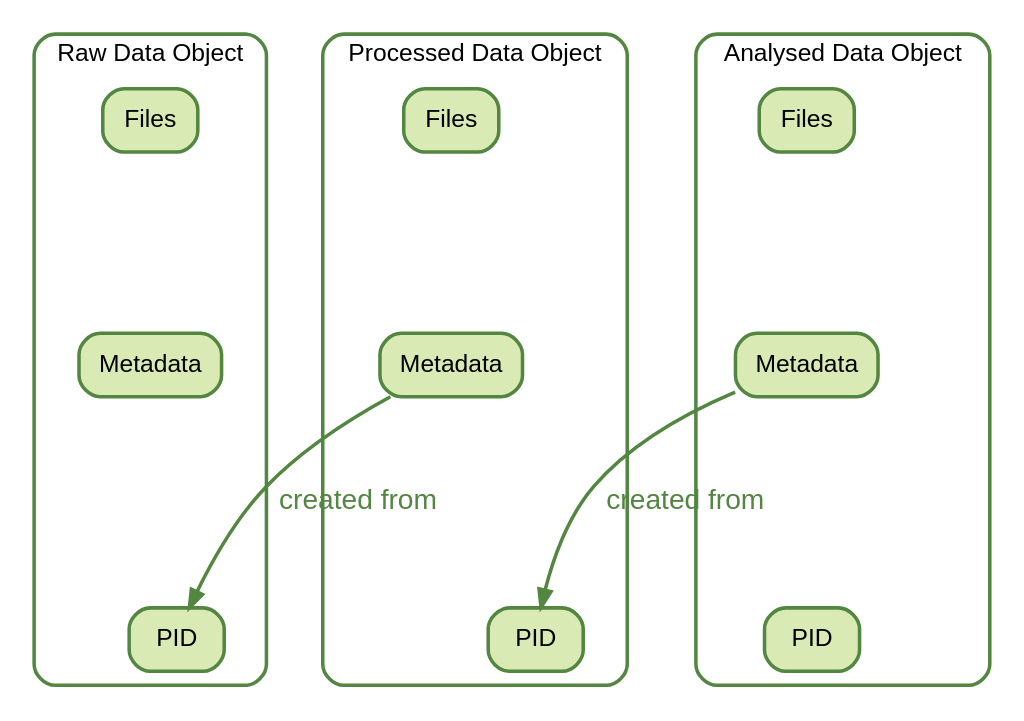
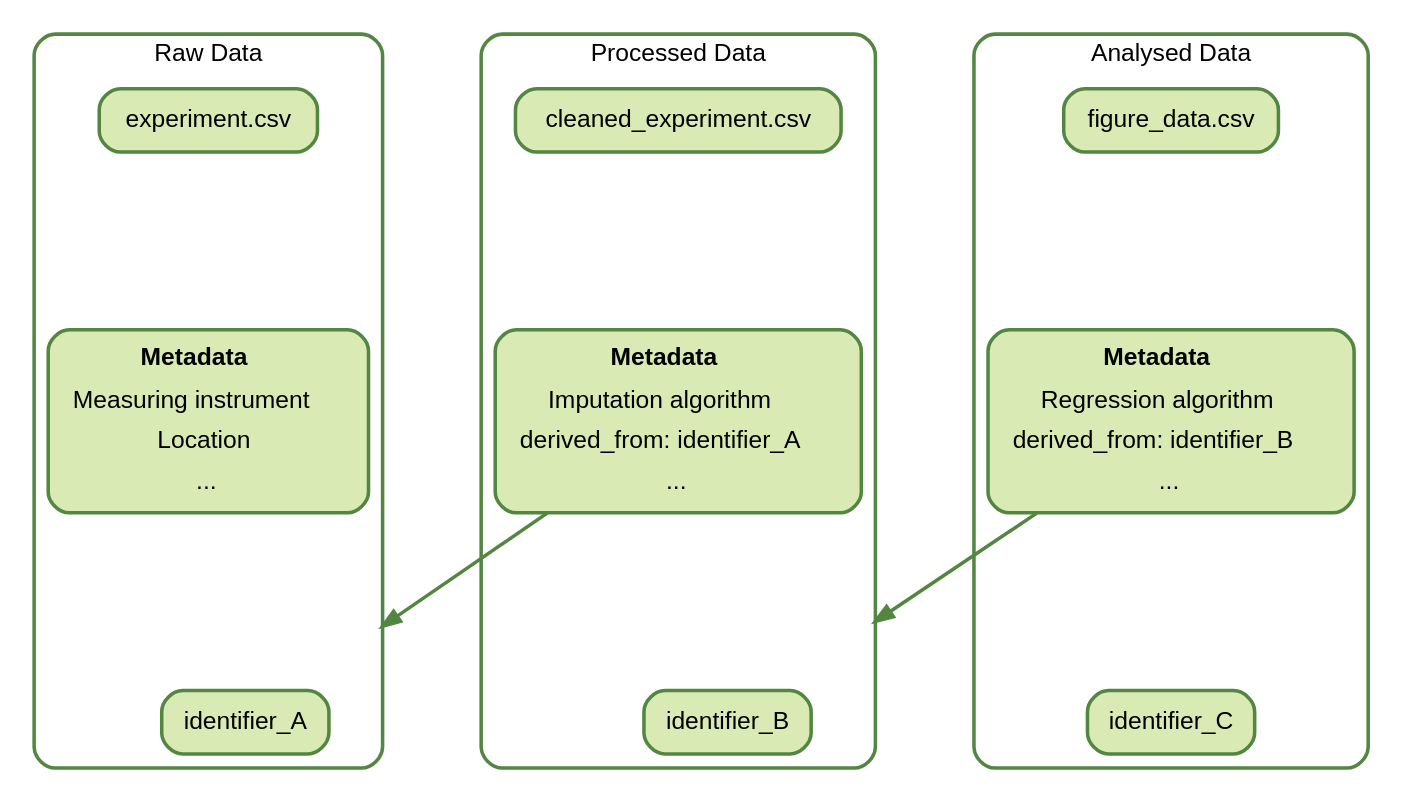
The third of 3 diagrams in book/digital-object.qmd (chStaiger/rdm-tech-foundations), drawn with Graphviz before and after one commit. The commit also changed other lines of this file and 3 other files, not shown here.

````diff
--- a/book/digital-object.qmd
+++ b/book/digital-object.qmd
@@ -194,6 +205,6 @@
 ```{dot}
 //| label: fig-4
-//| fig-cap: Data lineage represented as a chain of Digital Objects (raw → processed → analysed).
+//| fig-cap: Data lineage represented as a chain of Digital Objects linking from raw expreimental data to cleaned and processed data to the final analysed data.
 //| fig-align: center
 //| fig-width: 8
 //| output: svg
@@ -206,7 +217,8 @@
         fontname="Helvetica",
         fontsize=14,
         nodesep=1.0,
-        ranksep=1.4
+        ranksep=1.4,
+        compound=true
     ];
 
     node [
@@ -232,15 +244,22 @@
     // Raw Data Object
     // -------------------------------
     subgraph cluster_raw {
-        label="Raw Data Object";
+        label="Raw Data";
         fontsize=14;
         style="rounded";
         color="#528641";
         penwidth=2;
 
-        R_F [label="Files"];
-        R_M [label="Metadata"];
-        R_P [label="PID"];
+        R_F [label="experiment.csv"];
+        R_M [label=<
+            <TABLE BORDER="0" CELLBORDER="0" CELLSPACING="4">
+                <TR><TD><B>Metadata</B></TD></TR>
+                <TR><TD>Measuring instrument</TD></TR>
+                <TR><TD>Location</TD></TR>
+                <TR><TD>...</TD></TR>
+            </TABLE>
+        >];
+        R_P [label="identifier_A"];
 
         R_F -> R_M [style=invis];
         R_M -> R_P [style=invis];
@@ -250,15 +269,22 @@
     // Processed Data Object
     // -------------------------------
     subgraph cluster_proc {
-        label="Processed Data Object";
+        label="Processed Data";
         fontsize=14;
         style="rounded";
         color="#528641";
         penwidth=2;
 
-        P_F [label="Files"];
-        P_M [label="Metadata"];
-        P_P [label="PID"];
+        P_F [label="cleaned_experiment.csv"];
+        P_M [label=<
+            <TABLE BORDER="0" CELLBORDER="0" CELLSPACING="4">
+                <TR><TD><B>Metadata</B></TD></TR>
+                <TR><TD>Imputation algorithm</TD></TR>
+                <TR><TD>derived_from: identifier_A</TD></TR>
+                <TR><TD>...</TD></TR>
+            </TABLE>
+        >];
+        P_P [label="identifier_B"];
 
         P_F -> P_M [style=invis];
         P_M -> P_P [style=invis];
@@ -268,15 +294,22 @@
     // Analysed Data Object
     // -------------------------------
     subgraph cluster_analysis {
-        label="Analysed Data Object";
+        label="Analysed Data";
         fontsize=14;
         style="rounded";
         color="#528641";
         penwidth=2;
 
-        A_F [label="Files"];
-        A_M [label="Metadata"];
-        A_P [label="PID"];
+        A_F [label="figure_data.csv"];
+        A_M [label=<
+            <TABLE BORDER="0" CELLBORDER="0" CELLSPACING="4">
+                <TR><TD><B>Metadata</B></TD></TR>
+                <TR><TD>Regression algorithm</TD></TR>
+                <TR><TD>derived_from: identifier_B</TD></TR>
+                <TR><TD>...</TD></TR>
+            </TABLE>
+        >];
+        A_P [label="identifier_C"];
 
         A_F -> A_M [style=invis];
         A_M -> A_P [style=invis];
@@ -285,8 +318,7 @@
     // -------------------------------
     // Lineage edges
     // -------------------------------
-    P_M -> R_P [label="created from"];
-    A_M -> P_P [label="created from"];
+    P_M -> R_P[lhead=cluster_raw];
+    A_M -> P_P[lhead=cluster_proc];
 }
-
 ```
````
